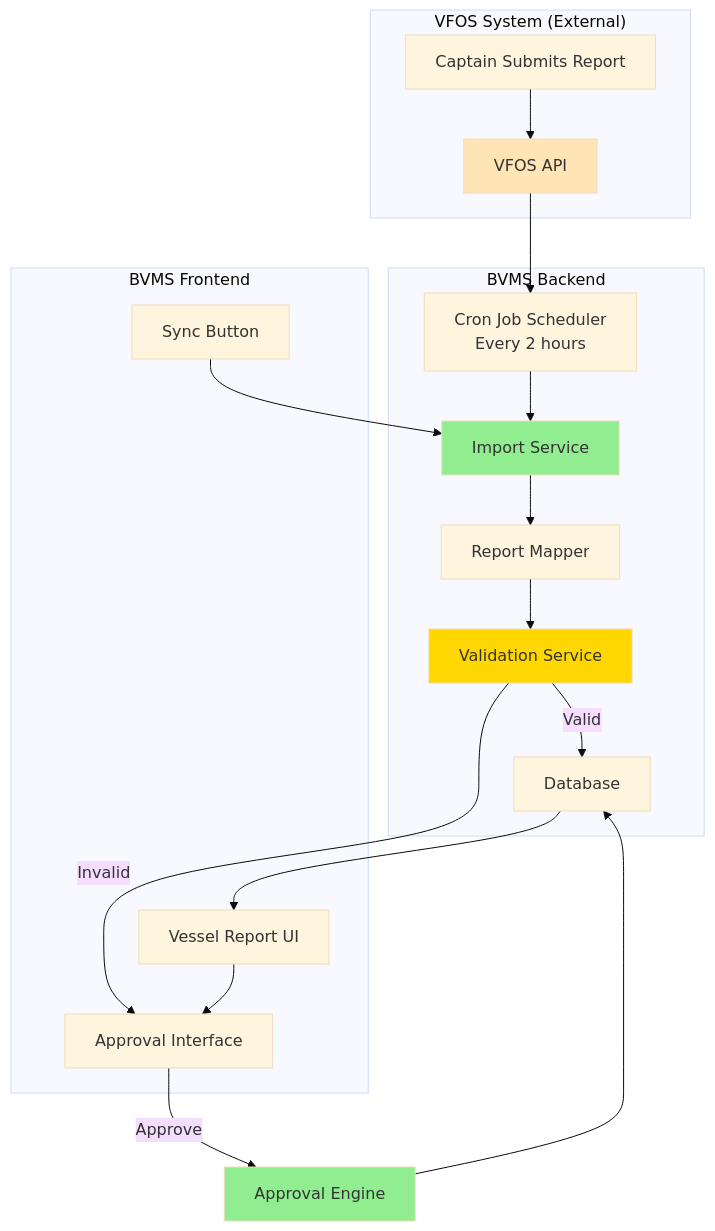
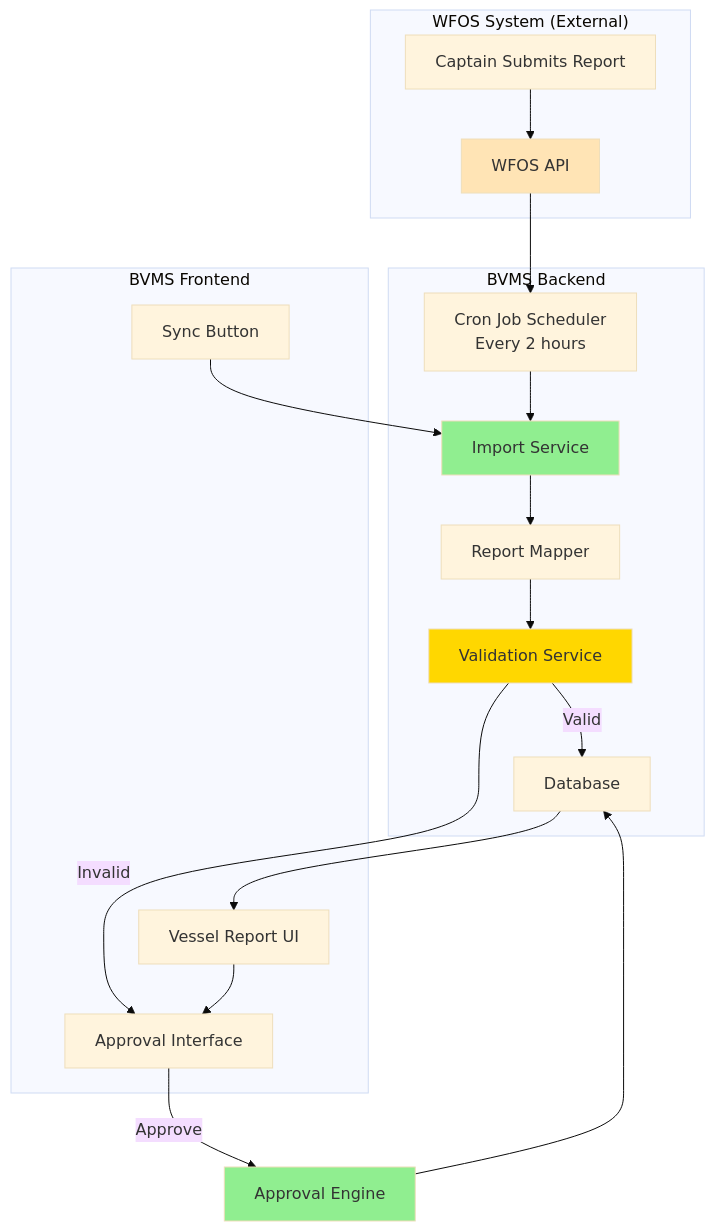
One commit to NguyenPhamCode4You/ai-home-lab-docker-compose changed diagram 20 of 22 in transcribe/VesselReport_Final_Documentation.md. Above: the diagram before and after it, drawn with Mermaid (base theme). The commit also changed other lines of this file, not shown here.

````diff
--- a/transcribe/VesselReport_Final_Documentation.md
+++ b/transcribe/VesselReport_Final_Documentation.md
@@ -1098,39 +1099,39 @@
 ```mermaid
 graph TB
-    subgraph "VFOS System (External)"
+    subgraph "WFOS System (External)"
         A[Captain Submits Report]
-        B[VFOS API]
+        B[WFOS API]
     end
 
     subgraph "BVMS Backend"
         C[Cron Job Scheduler<br/>Every 2 hours]
         D[Import Service]
         E[Report Mapper]
         F[Validation Service]
         G[Database]
     end
 
     subgraph "BVMS Frontend"
         H[Vessel Report UI]
         I[Approval Interface]
         J[Sync Button]
     end
 
     A --> B
     B --> C
     C --> D
     J --> D
     D --> E
     E --> F
     F -->|Valid| G
     F -->|Invalid| I
     G --> H
     H --> I
     I -->|Approve| K[Approval Engine]
     K --> G
 
     style B fill:#FFE4B5
     style D fill:#90EE90
     style F fill:#FFD700
     style K fill:#90EE90
 ```
````
